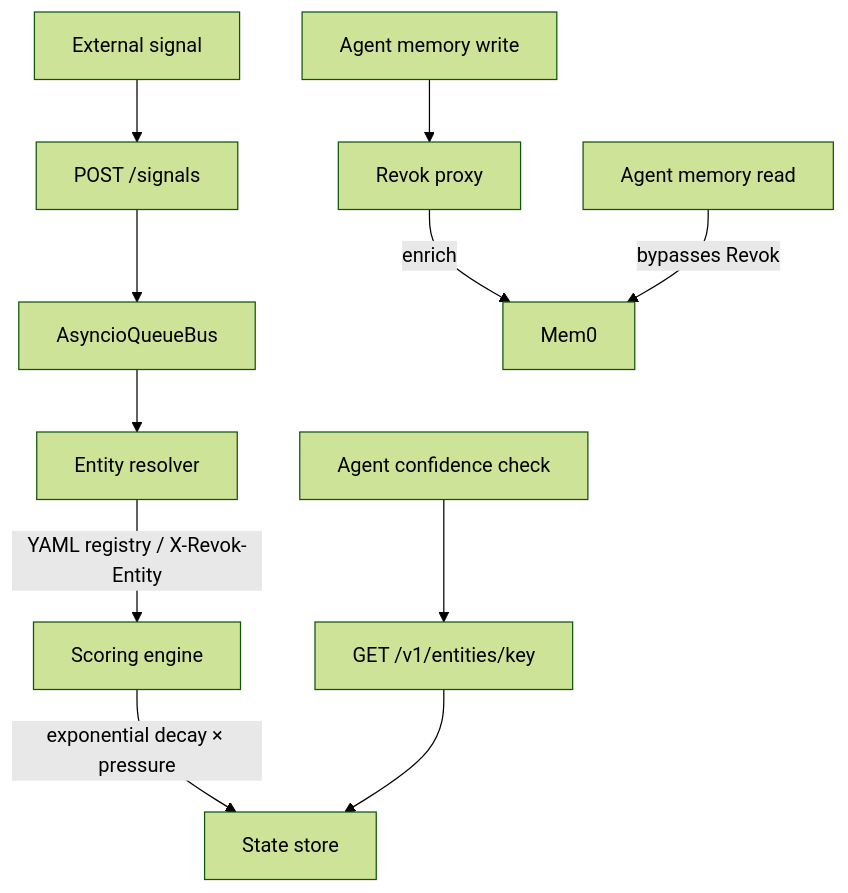
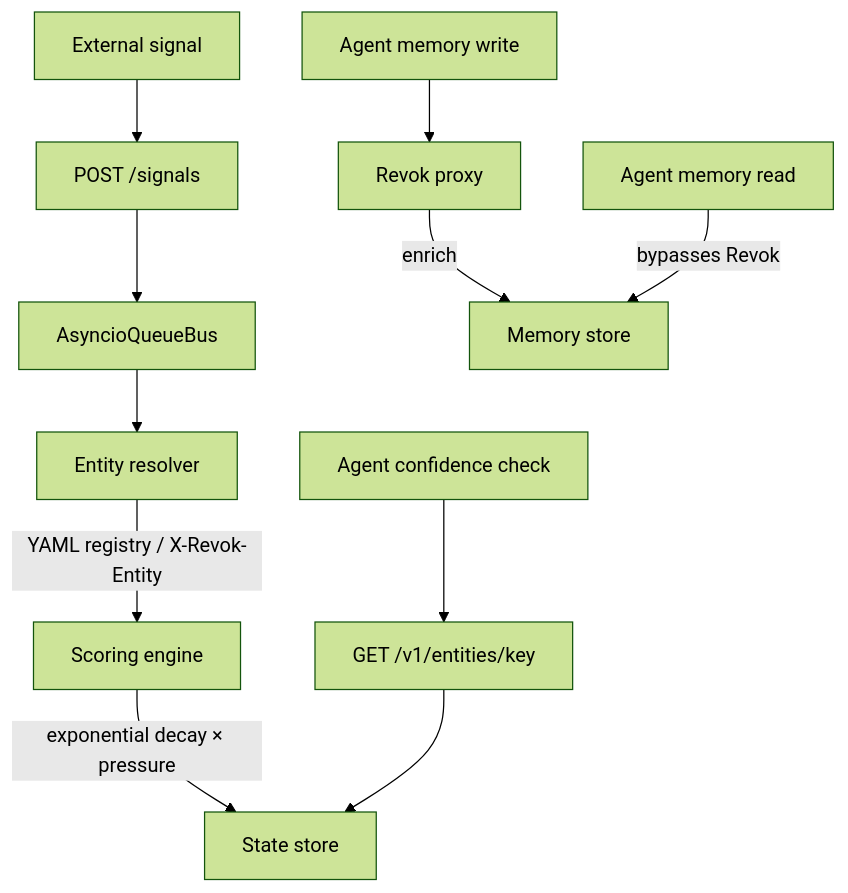
One commit to revok-ai/revok changed the diagram in README.md. Above: the diagram before and after it, drawn with Mermaid (forest theme). The commit also changed other lines of this file, not shown here.

````diff
--- a/README.md
+++ b/README.md
@@ -280,16 +282,16 @@
 ```mermaid
 flowchart TD
     A[External signal] --> B[POST /signals]
     B --> C[AsyncioQueueBus]
     C --> D[Entity resolver]
     D -->|YAML registry / X-Revok-Entity| E[Scoring engine]
     E -->|exponential decay × pressure| F[State store]
 
     G[Agent memory write] --> H[Revok proxy]
-    H -->|enrich| I[Mem0]
+    H -->|enrich| I[Memory store]
 
     J[Agent memory read] -->|bypasses Revok| I
 
     K[Agent confidence check] --> L[GET /v1/entities/key]
     L --> F
 ```
````
